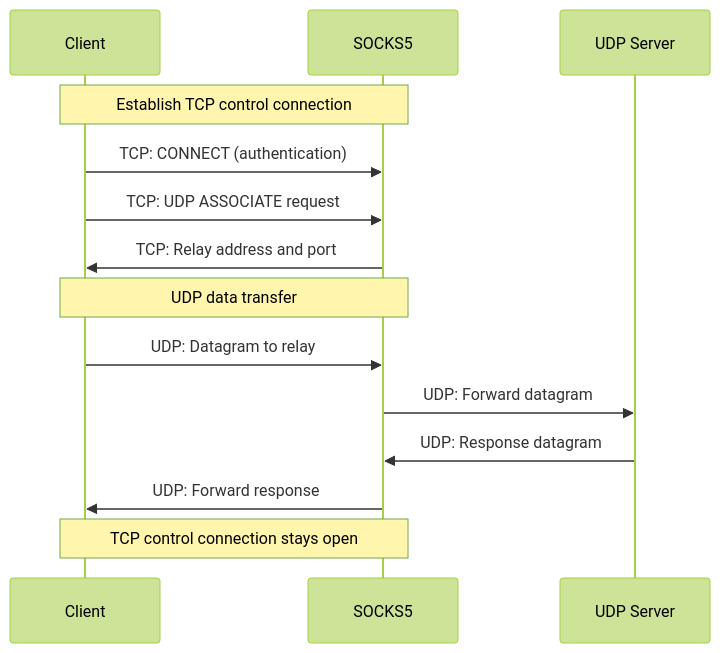
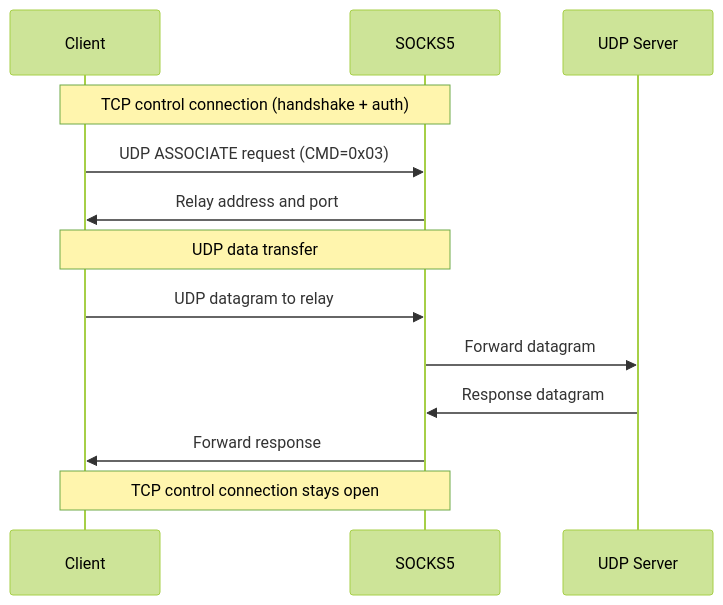
The second of 3 diagrams in docs/en/deep-dive/network/socks-proxies.md (autoscrape-labs/pydoll), drawn with Mermaid (forest theme) before and after one commit. The commit also changed other lines of this file and 4 other files, not shown here.

````diff
--- a/docs/en/deep-dive/network/socks-proxies.md
+++ b/docs/en/deep-dive/network/socks-proxies.md
@@ -269,19 +162,18 @@
 ```mermaid
 sequenceDiagram
     participant Client
     participant SOCKS5
     participant UDP_Server as UDP Server
-    
-    Note over Client,SOCKS5: Establish TCP control connection
-    Client->>SOCKS5: TCP: CONNECT (authentication)
-    Client->>SOCKS5: TCP: UDP ASSOCIATE request
-    SOCKS5->>Client: TCP: Relay address and port
-    
+
+    Note over Client,SOCKS5: TCP control connection (handshake + auth)
+    Client->>SOCKS5: UDP ASSOCIATE request (CMD=0x03)
+    SOCKS5->>Client: Relay address and port
+
     Note over Client,SOCKS5: UDP data transfer
-    Client->>SOCKS5: UDP: Datagram to relay
-    SOCKS5->>UDP_Server: UDP: Forward datagram
-    UDP_Server->>SOCKS5: UDP: Response datagram
-    SOCKS5->>Client: UDP: Forward response
-    
+    Client->>SOCKS5: UDP datagram to relay
+    SOCKS5->>UDP_Server: Forward datagram
+    UDP_Server->>SOCKS5: Response datagram
+    SOCKS5->>Client: Forward response
+
     Note over Client,SOCKS5: TCP control connection stays open
 ```
````
